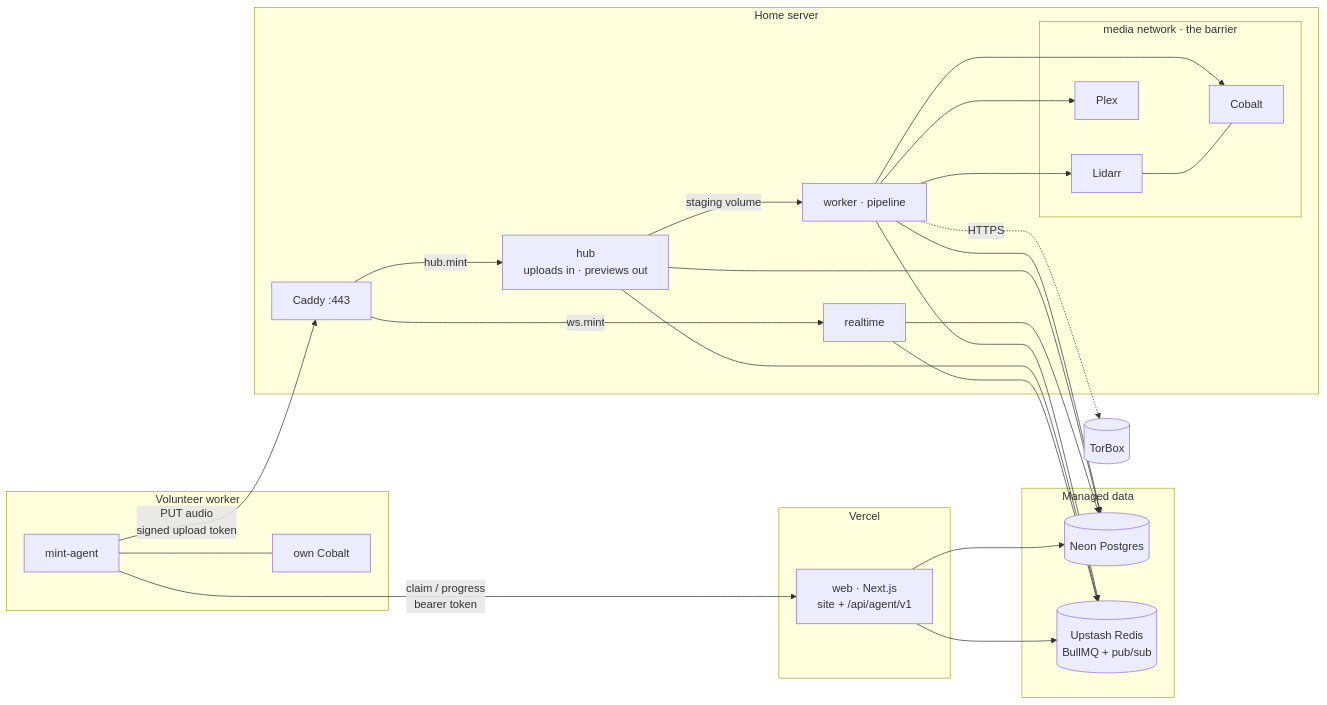
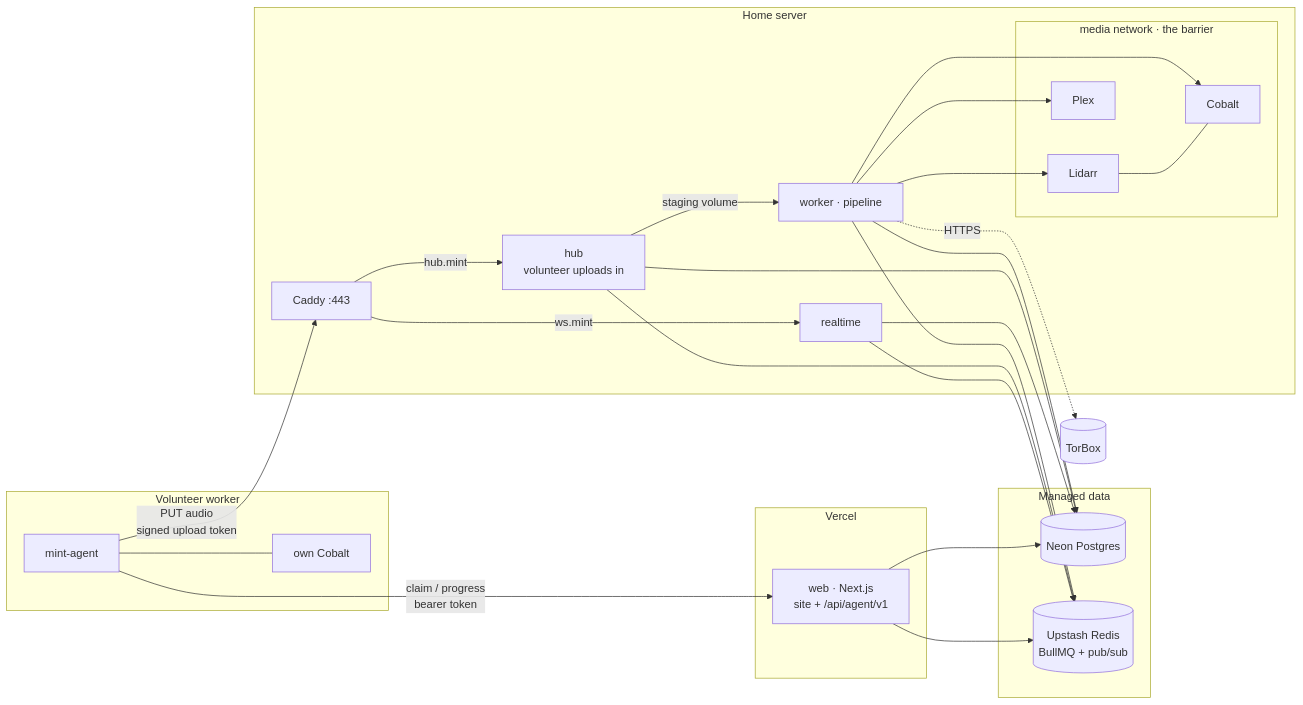
Before and after one commit to ChickenBone/mint: the first of 3 diagrams in README.md, drawn with Mermaid. The commit also changed other lines of this file and 54 other files, not shown here.

````diff
--- a/README.md
+++ b/README.md
@@ -17,30 +42,30 @@
 ```mermaid
 flowchart LR
   subgraph vercel[Vercel]
     web[web · Next.js<br/>site + /api/agent/v1]
   end
   subgraph cloud[Managed data]
     pg[(Neon Postgres)]
     redis[(Upstash Redis<br/>BullMQ + pub/sub)]
   end
   subgraph home[Home server]
     caddy[Caddy :443]
     caddy -- ws.mint --> rt[realtime]
-    caddy -- hub.mint --> hub[hub<br/>uploads in · previews out]
+    caddy -- hub.mint --> hub[hub<br/>volunteer uploads in]
     worker[worker · pipeline]
     subgraph media[media network · the barrier]
       lidarr[Lidarr] --- cobalt[Cobalt]
       plex[Plex]
     end
     worker --> lidarr & cobalt & plex
     hub -- staging volume --> worker
   end
   subgraph vol[Volunteer worker]
     agent[mint-agent] --- vc[own Cobalt]
   end
   web --> pg & redis
   rt & hub & worker --> pg & redis
   agent -- claim / progress<br/>bearer token --> web
   agent -- PUT audio<br/>signed upload token --> caddy
   worker -. HTTPS .-> torbox[(TorBox)]
 ```
````
